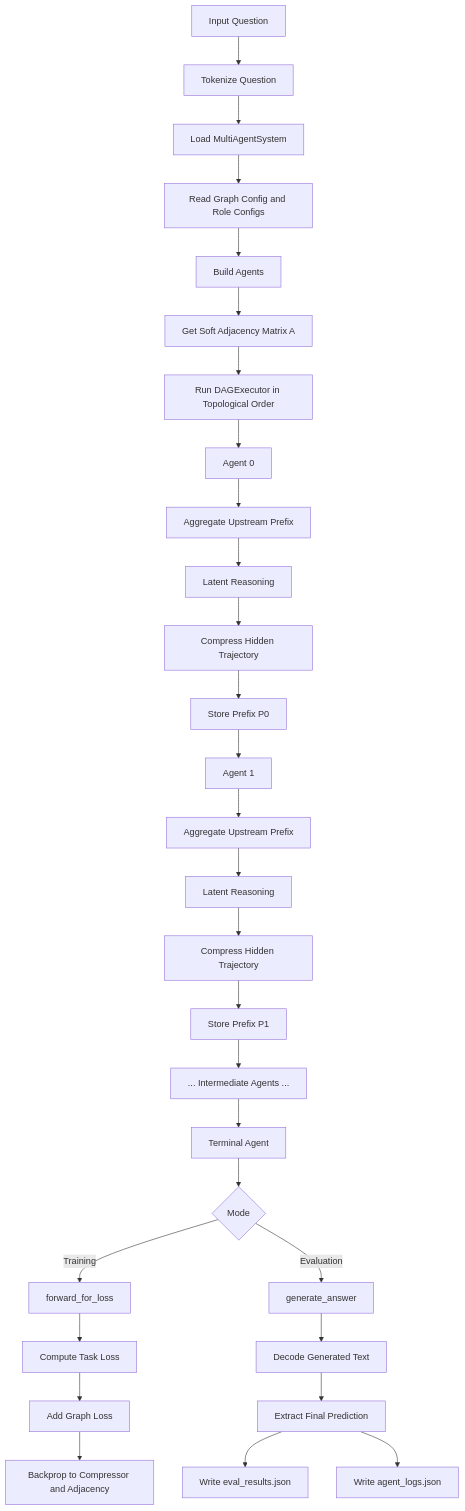
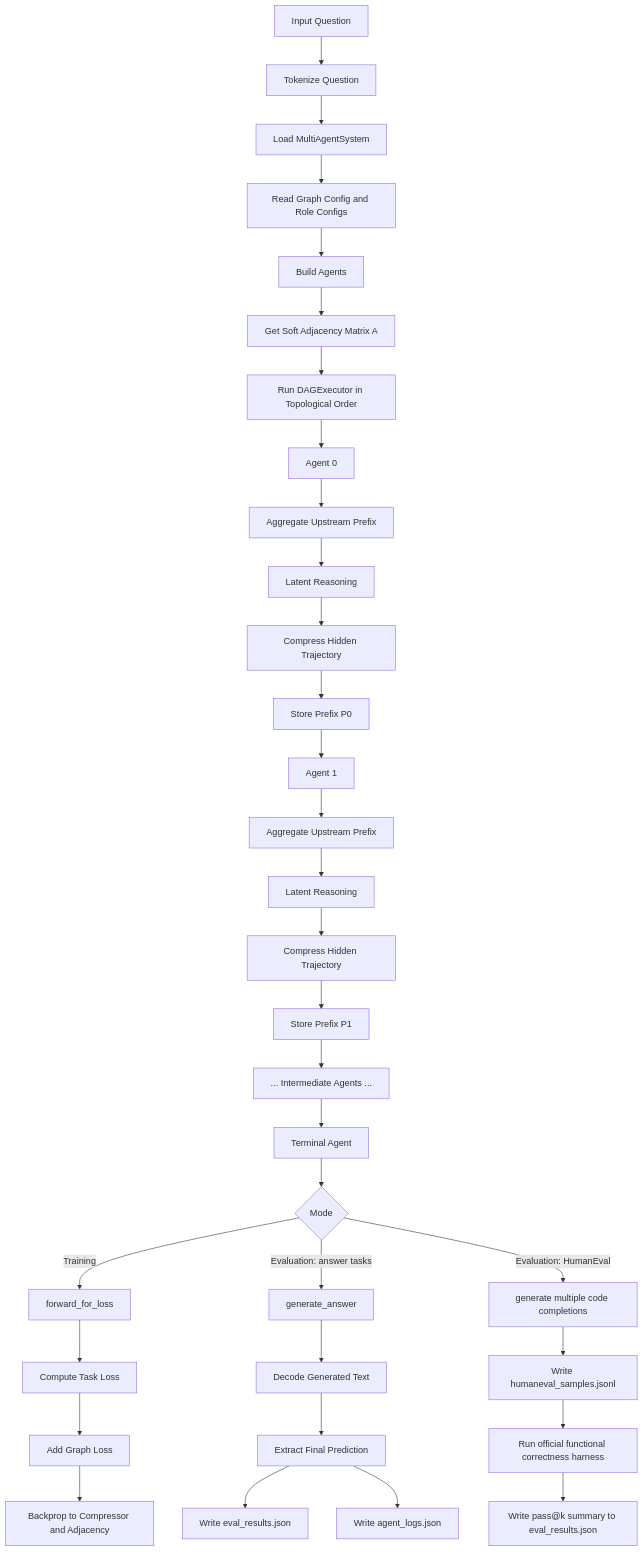
Before and after one commit to Johnny221B/latent-MAS: the first of 5 diagrams in docs/agent_workflow.md, drawn with Mermaid. The commit also changed other lines of this file and 21 other files, not shown here.

````diff
--- a/docs/agent_workflow.md
+++ b/docs/agent_workflow.md
@@ -12,36 +12,41 @@
 ```mermaid
 flowchart TD
     A[Input Question] --> B[Tokenize Question]
     B --> C[Load MultiAgentSystem]
     C --> D[Read Graph Config and Role Configs]
     D --> E[Build Agents]
     E --> F[Get Soft Adjacency Matrix A]
     F --> G[Run DAGExecutor in Topological Order]
 
     G --> H[Agent 0]
     H --> I[Aggregate Upstream Prefix]
     I --> J[Latent Reasoning]
     J --> K[Compress Hidden Trajectory]
     K --> L[Store Prefix P0]
 
     L --> M[Agent 1]
     M --> N[Aggregate Upstream Prefix]
     N --> O[Latent Reasoning]
     O --> P[Compress Hidden Trajectory]
     P --> Q[Store Prefix P1]
 
     Q --> R[... Intermediate Agents ...]
     R --> S[Terminal Agent]
     S --> T{Mode}
 
     T -->|Training| U[forward_for_loss]
     U --> V[Compute Task Loss]
     V --> W[Add Graph Loss]
     W --> X[Backprop to Compressor and Adjacency]
 
-    T -->|Evaluation| Y[generate_answer]
+    T -->|Evaluation: answer tasks| Y[generate_answer]
     Y --> Z[Decode Generated Text]
     Z --> AA[Extract Final Prediction]
     AA --> AB[Write eval_results.json]
     AA --> AC[Write agent_logs.json]
+
+    T -->|Evaluation: HumanEval| AD[generate multiple code completions]
+    AD --> AE[Write humaneval_samples.jsonl]
+    AE --> AF[Run official functional correctness harness]
+    AF --> AG[Write pass@k summary to eval_results.json]
 ```
````
